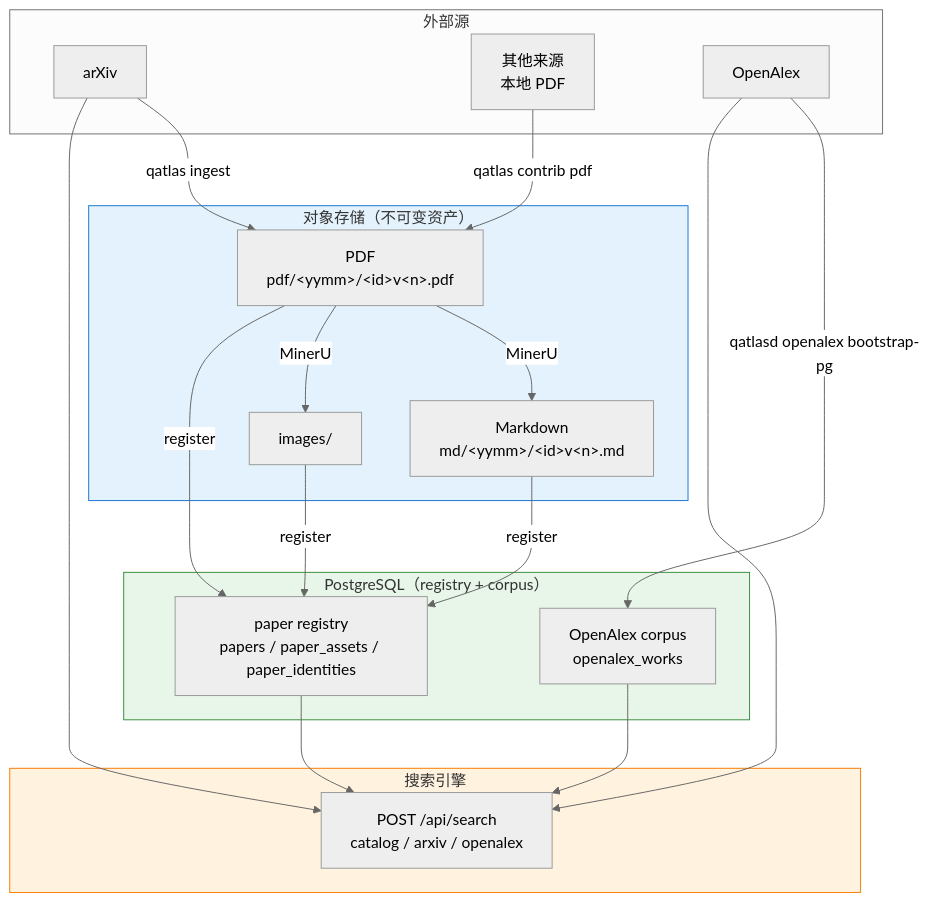
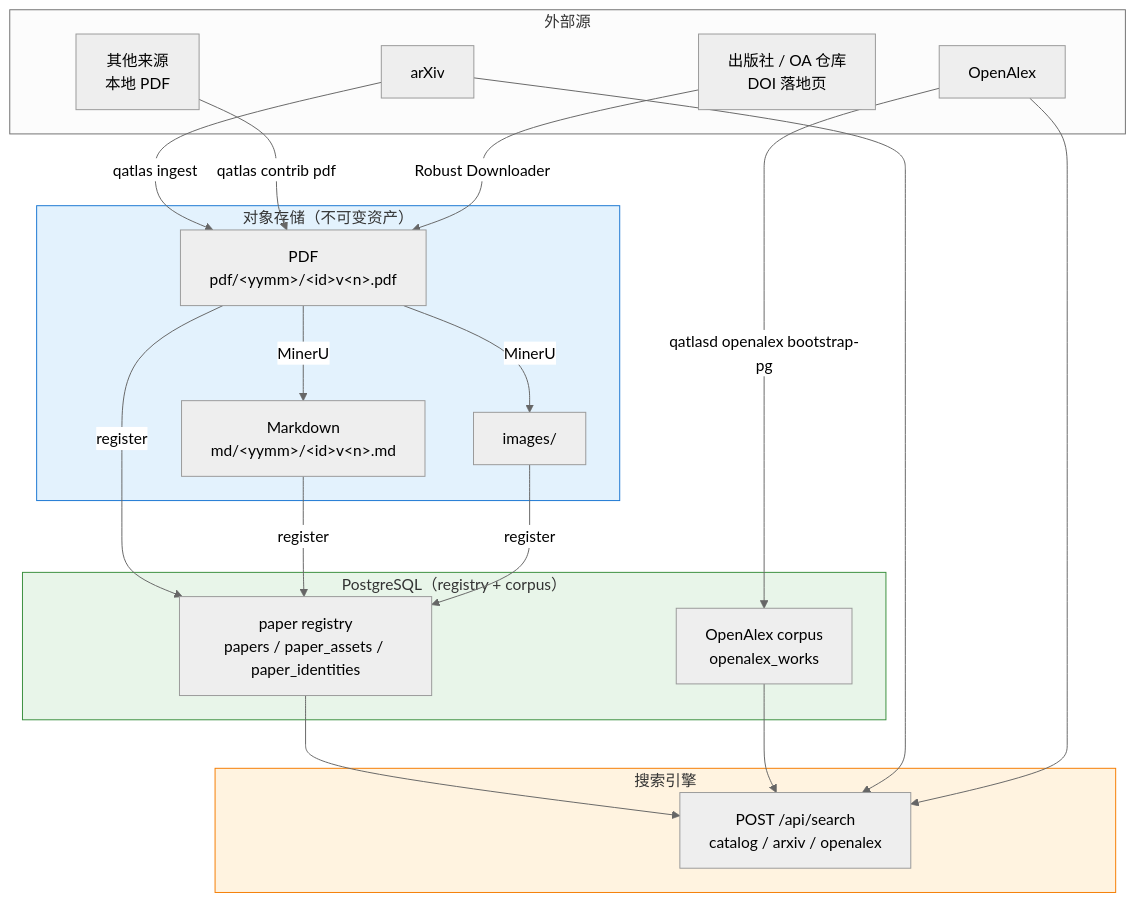
The diagram in docs/concepts/data-flow.md (IAI-USTC-Quantum/QuantumAtlas), drawn with Mermaid (neutral theme) before and after one commit. The commit also changed other lines of this file and 19 other files, not shown here.

````diff
--- a/docs/concepts/data-flow.md
+++ b/docs/concepts/data-flow.md
@@ -5,38 +5,40 @@
 ```mermaid
 flowchart TB
     subgraph SRC ["外部源"]
         ARX[arXiv]
         OTH[其他来源<br/>本地 PDF]
         OA[OpenAlex]
+        PUB[出版社 / OA 仓库<br/>DOI 落地页]
     end
 
     subgraph STORE ["对象存储（不可变资产）"]
         PDF[PDF<br/>pdf/&lt;yymm&gt;/&lt;id&gt;v&lt;n&gt;.pdf]
         MD[Markdown<br/>md/&lt;yymm&gt;/&lt;id&gt;v&lt;n&gt;.md]
         IMG[images/]
     end
 
     subgraph PG ["PostgreSQL（registry + corpus）"]
         REG[paper registry<br/>papers / paper_assets / paper_identities]
         CORP[OpenAlex corpus<br/>openalex_works]
     end
 
     subgraph SEARCH ["搜索引擎"]
         ENG[POST /api/search<br/>catalog / arxiv / openalex]
     end
 
     ARX -->|qatlas ingest| PDF
     OTH -->|qatlas contrib pdf| PDF
+    PUB -->|Robust Downloader| PDF
     PDF -->|MinerU| MD
     PDF -->|MinerU| IMG
 
     PDF & MD & IMG -->|register| REG
     OA -->|qatlasd openalex bootstrap-pg| CORP
 
     REG & CORP --> ENG
     ARX & OA --> ENG
 
     style STORE fill:#e3f2fd,stroke:#1976d2
     style PG fill:#e8f5e9,stroke:#388e3c
     style SEARCH fill:#fff3e0,stroke:#f57c00
 ```
````
